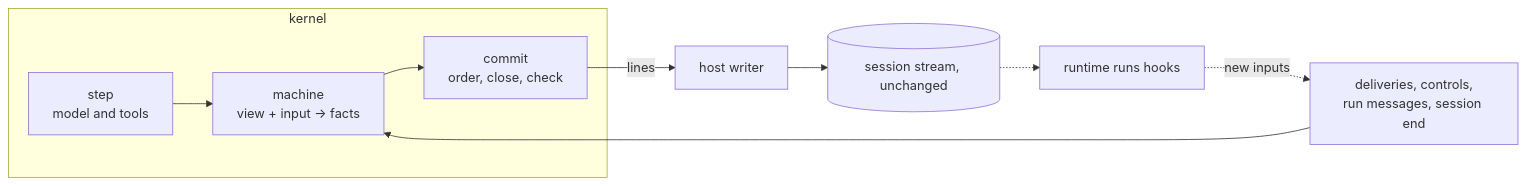
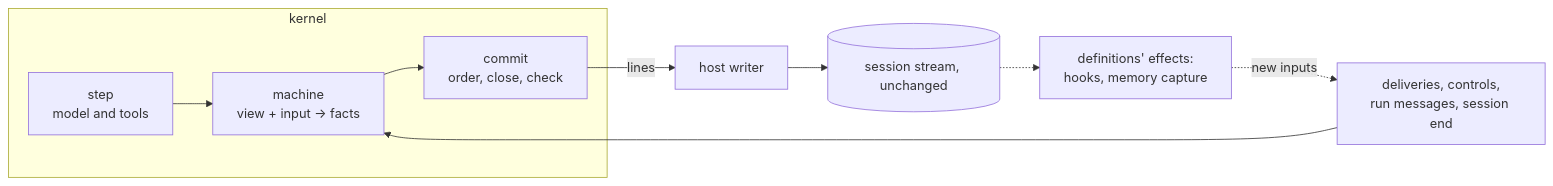
The fourth of 6 diagrams in research/session-kernel.md (vercel/eve), drawn with Mermaid before and after one commit. The commit also changed other lines of this file, not shown here.

Commit message:
docs(research): describe eve as a kernel, definitions, and hosts

````diff
--- a/research/session-kernel.md
+++ b/research/session-kernel.md
@@ -120,12 +94,12 @@
 ```mermaid
 flowchart LR
   subgraph Kernel["kernel"]
     Step["step<br/>model and tools"] --> Machine["machine<br/>view + input → facts"]
     Machine --> Commit["commit<br/>order, close, check"]
   end
   Inputs["deliveries, controls,<br/>run messages, session end"] --> Machine
   Commit -- lines --> Host["host writer"]
   Host --> Stream[("session stream, unchanged")]
-  Stream -.-> Hooks["runtime runs hooks"]
-  Hooks -. new inputs .-> Inputs
+  Stream -.-> Effects["definitions' effects:<br/>hooks, memory capture"]
+  Effects -. new inputs .-> Inputs
 ```
````
